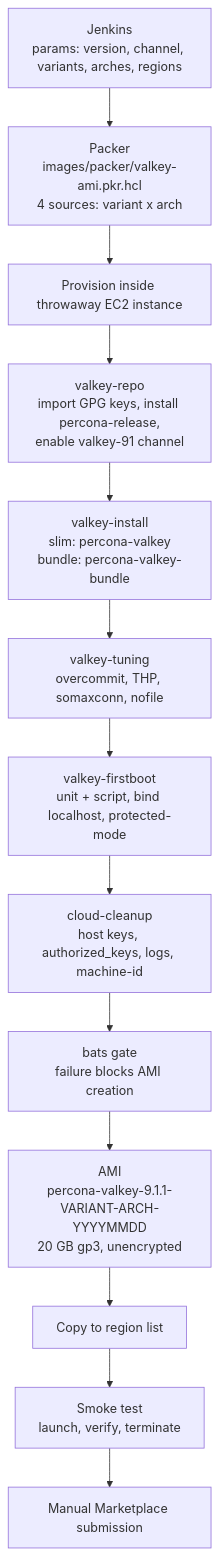
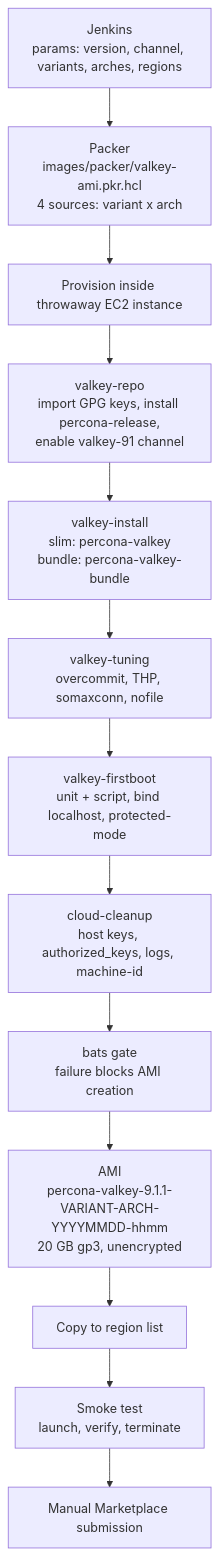
One commit to EvgeniyPatlan/valkey-packaging changed the first of 2 diagrams in docs/specs/2026-08-08-valkey-ami-design.md. Above: the diagram before and after it, drawn with Mermaid. The commit also changed other lines of this file and 2 other files, not shown here.

First line of the commit message:
fix(images): include the build time in the AMI name

````diff
--- a/docs/specs/2026-08-08-valkey-ami-design.md
+++ b/docs/specs/2026-08-08-valkey-ami-design.md
@@ -82,20 +82,20 @@
 ```mermaid
 flowchart TD
     J["Jenkins<br/>params: version, channel, variants, arches, regions"]
     P["Packer<br/>images/packer/valkey-ami.pkr.hcl<br/>4 sources: variant x arch"]
     PR["Provision inside throwaway EC2 instance"]
     A1["valkey-repo<br/>import GPG keys, install percona-release,<br/>enable valkey-91 channel"]
     A2["valkey-install<br/>slim: percona-valkey<br/>bundle: percona-valkey-bundle"]
     A3["valkey-tuning<br/>overcommit, THP, somaxconn, nofile"]
     A4["valkey-firstboot<br/>unit + script, bind localhost, protected-mode"]
     A5["cloud-cleanup<br/>host keys, authorized_keys, logs, machine-id"]
     B["bats gate<br/>failure blocks AMI creation"]
-    AMI["AMI<br/>percona-valkey-9.1.1-VARIANT-ARCH-YYYYMMDD<br/>20 GB gp3, unencrypted"]
+    AMI["AMI<br/>percona-valkey-9.1.1-VARIANT-ARCH-YYYYMMDD-hhmm<br/>20 GB gp3, unencrypted"]
     C["Copy to region list"]
     S["Smoke test<br/>launch, verify, terminate"]
     M["Manual Marketplace submission"]
 
     J --> P --> PR
     PR --> A1 --> A2 --> A3 --> A4 --> A5 --> B
     B --> AMI --> C --> S --> M
 ```
````
